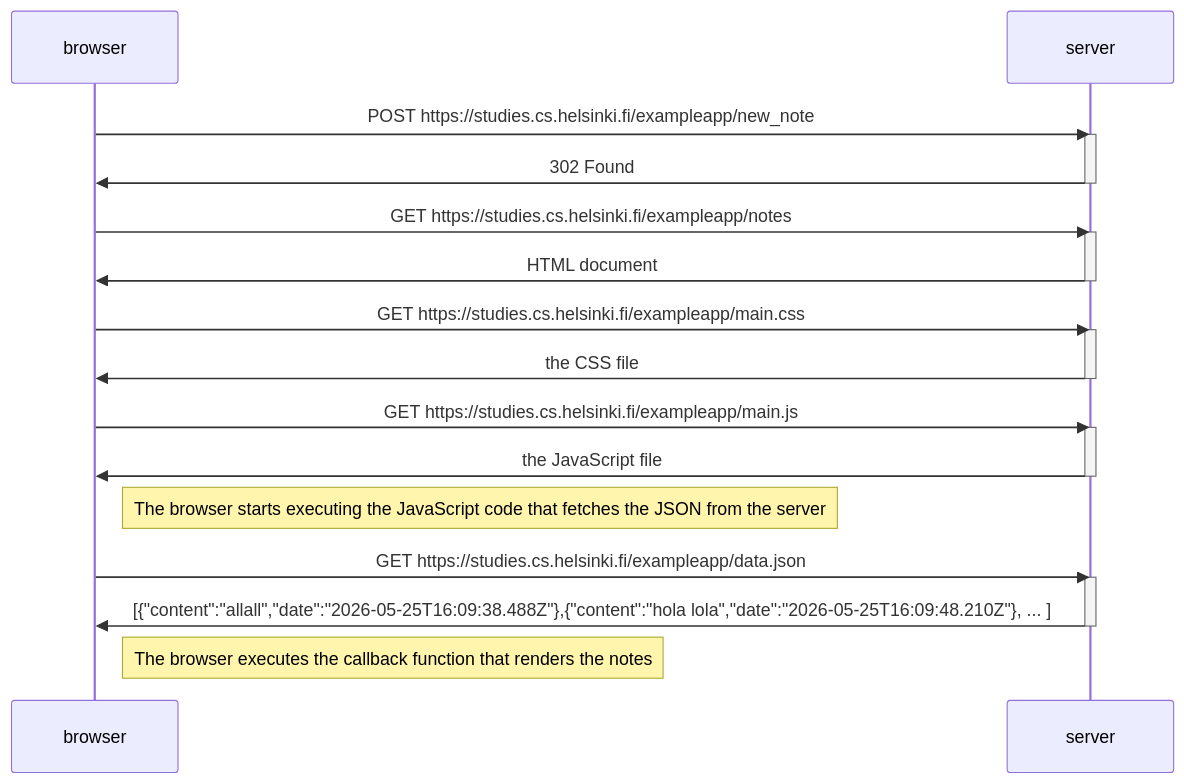
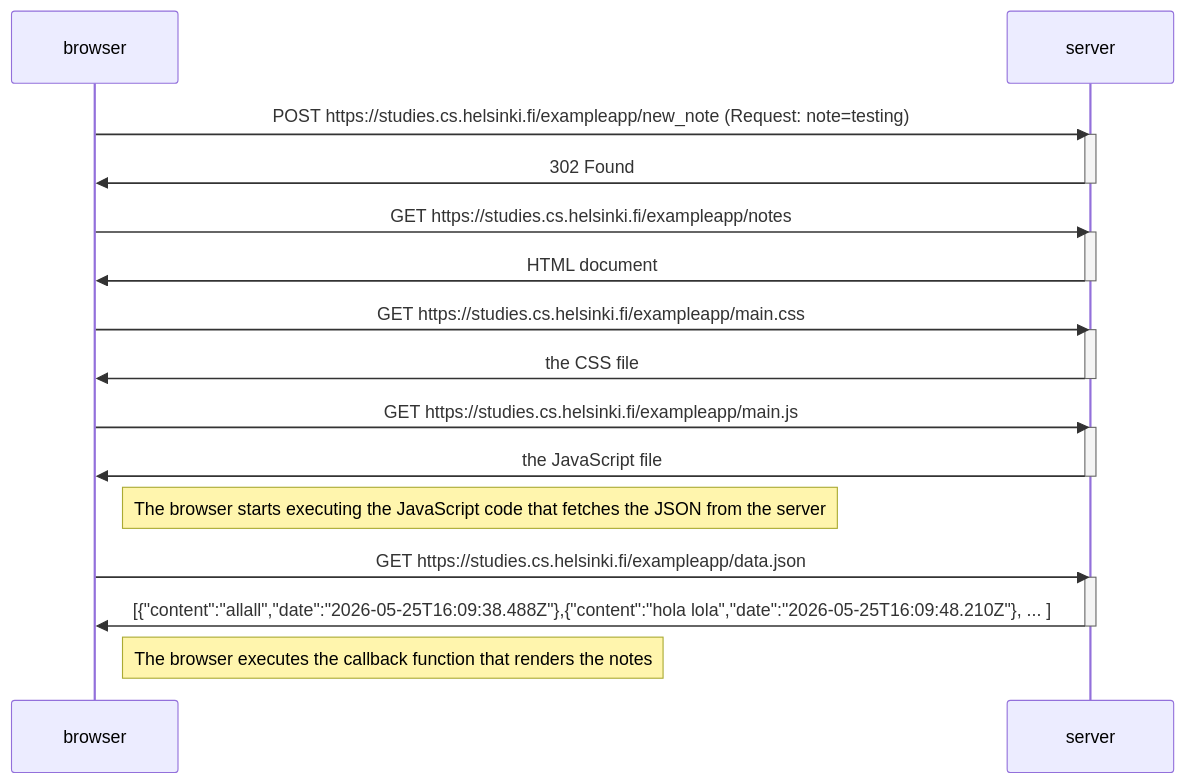
Before and after one commit to DRmadebot/mySubmissions: the diagram in NewNoteDiagram.md, drawn with Mermaid.

````diff
--- a/NewNoteDiagram.md
+++ b/NewNoteDiagram.md
@@ -1,33 +1,33 @@
 ```mermaid
 sequenceDiagram
   participant browser
   participant server
-browser->>server: POST https://studies.cs.helsinki.fi/exampleapp/new_note
+browser->>server: POST https://studies.cs.helsinki.fi/exampleapp/new_note (Request: note=testing)
 activate server
 server->>browser: 302 Found
 deactivate server
 
 browser->>server: GET https://studies.cs.helsinki.fi/exampleapp/notes
 activate server
 server->>browser: HTML document
 deactivate server
 
 browser->>server: GET https://studies.cs.helsinki.fi/exampleapp/main.css
 activate server
 server->>browser: the CSS file
 deactivate server
 
 browser->>server: GET https://studies.cs.helsinki.fi/exampleapp/main.js
 activate server
 server->>browser: the JavaScript file
 deactivate server
 
 Note right of browser: The browser starts executing the JavaScript code that fetches the JSON from the server
 
 browser->>server: GET https://studies.cs.helsinki.fi/exampleapp/data.json
 activate server
 server->>browser: [{"content":"allall","date":"2026-05-25T16:09:38.488Z"},{"content":"hola lola","date":"2026-05-25T16:09:48.210Z"}, ... ] 
 deactivate server
 
 Note right of browser: The browser executes the callback function that renders the notes
 ```
````
